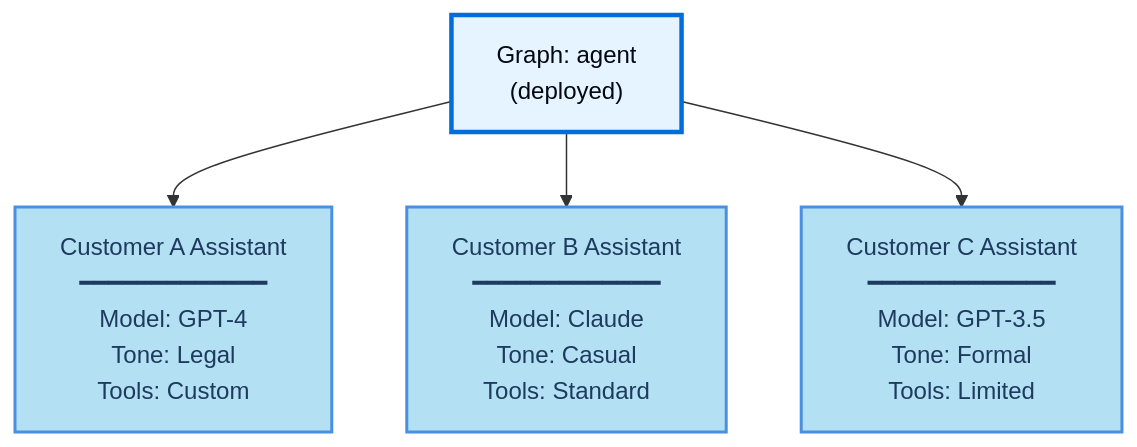
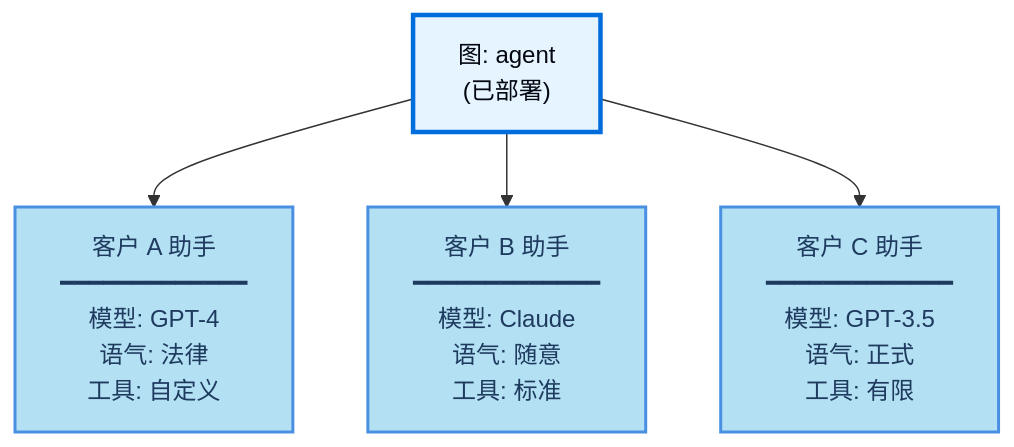
Before and after one commit to kunfan96/cndocs-langchain: the first of 2 diagrams in langsmith/assistants.mdx, drawn with Mermaid. The commit also changed other lines of this file and 2498 other files, not shown here.

````diff
--- a/langsmith/assistants.mdx
+++ b/langsmith/assistants.mdx
@@ -71,12 +70,12 @@
 ```mermaid actions={false}
 graph TD
-    A["Graph: agent<br/>(deployed)"]
-    A --> B["Customer A Assistant<br/>━━━━━━━━━━━━━<br/>Model: GPT-4<br/>Tone: Legal<br/>Tools: Custom"]
-    A --> C["Customer B Assistant<br/>━━━━━━━━━━━━━<br/>Model: Claude<br/>Tone: Casual<br/>Tools: Standard"]
-    A --> D["Customer C Assistant<br/>━━━━━━━━━━━━━<br/>Model: GPT-3.5<br/>Tone: Formal<br/>Tools: Limited"]
+    A["图: agent<br/>(已部署)"]
+    A --> B["客户 A 助手<br/>━━━━━━━━━━━━━<br/>模型: GPT-4<br/>语气: 法律<br/>工具: 自定义"]
+    A --> C["客户 B 助手<br/>━━━━━━━━━━━━━<br/>模型: Claude<br/>语气: 随意<br/>工具: 标准"]
+    A --> D["客户 C 助手<br/>━━━━━━━━━━━━━<br/>模型: GPT-3.5<br/>语气: 正式<br/>工具: 有限"]
 
     style A fill:#E5F4FF,stroke:#006DDD,stroke-width:3px,color:#030710
     style B fill:#B3E0F2,stroke:#4A90E2,stroke-width:2px,color:#1E3A5F
     style C fill:#B3E0F2,stroke:#4A90E2,stroke-width:2px,color:#1E3A5F
     style D fill:#B3E0F2,stroke:#4A90E2,stroke-width:2px,color:#1E3A5F
 ```
````
